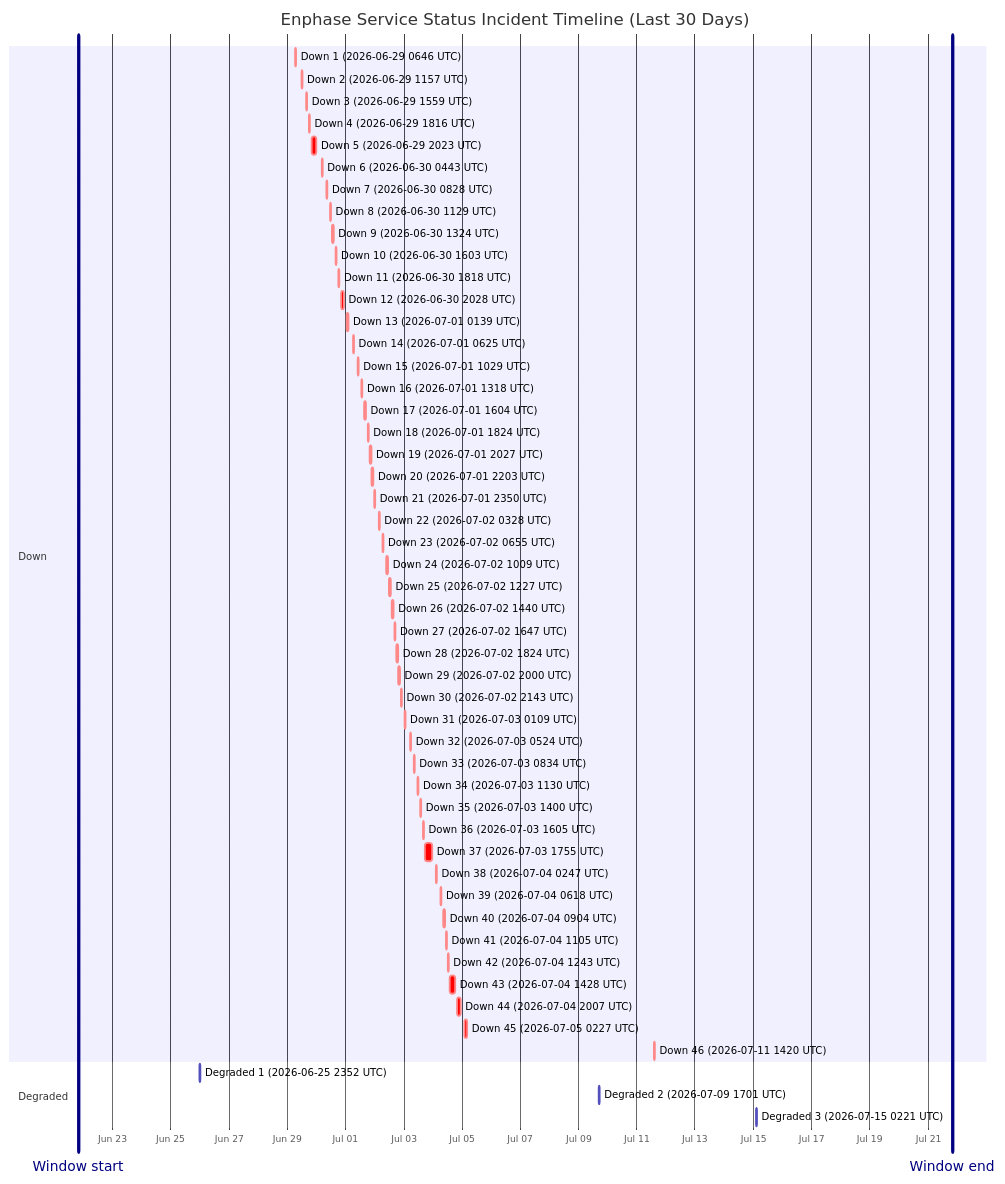
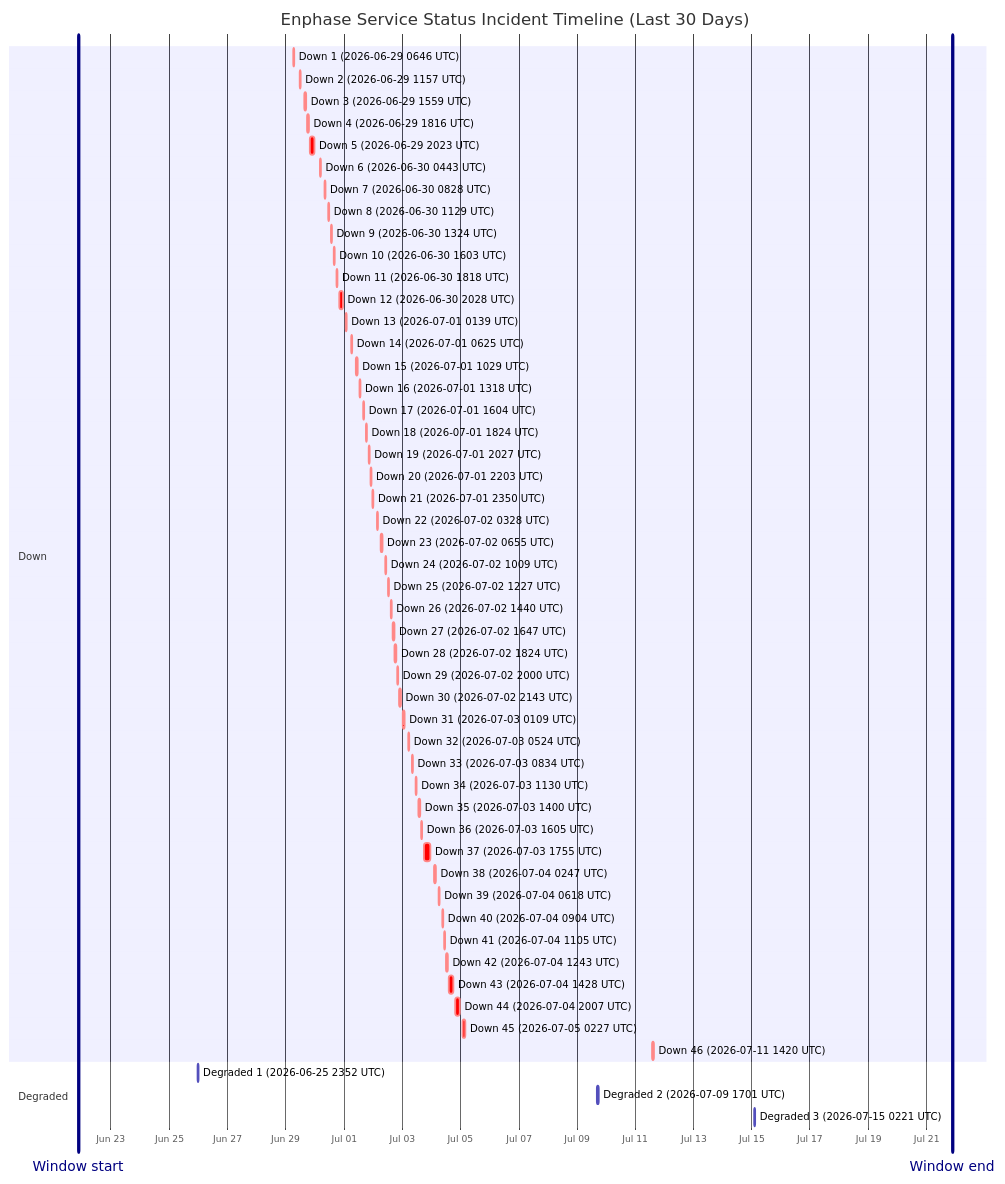
One commit to barneyonline/ha-enphase-energy changed the diagram in wiki/Service-Status-History.md. Above: the diagram before and after it, drawn with Mermaid. The commit also changed other lines of this file and 3 other files, not shown here.

````diff
--- a/wiki/Service-Status-History.md
+++ b/wiki/Service-Status-History.md
@@ -14,59 +14,59 @@
 ```mermaid
 gantt
     title Enphase Service Status Incident Timeline (Last 30 Days)
     dateFormat  YYYY-MM-DDTHH:mm:ss
     axisFormat  %b %d
-    Window start :vert, window-start, 2026-06-21T19:59:29, 0ms
-    Window end :vert, window-end, 2026-07-21T19:59:29, 0ms
+    Window start :vert, window-start, 2026-06-21T21:19:46, 0ms
+    Window end :vert, window-end, 2026-07-21T21:19:46, 0ms
     section Down
     Down 1 (2026-06-29 0646 UTC) :crit, down-1, 2026-06-29T06:46:18, 60m
     Down 2 (2026-06-29 1157 UTC) :crit, down-2, 2026-06-29T11:57:36, 60m
     Down 3 (2026-06-29 1559 UTC) :crit, down-3, 2026-06-29T15:59:02, 60m
     Down 4 (2026-06-29 1816 UTC) :crit, down-4, 2026-06-29T18:16:38, 60m
     Down 5 (2026-06-29 2023 UTC) :crit, down-5, 2026-06-29T20:23:16, 220m
     Down 6 (2026-06-30 0443 UTC) :crit, down-6, 2026-06-30T04:43:54, 60m
     Down 7 (2026-06-30 0828 UTC) :crit, down-7, 2026-06-30T08:28:43, 60m
     Down 8 (2026-06-30 1129 UTC) :crit, down-8, 2026-06-30T11:29:15, 60m
     Down 9 (2026-06-30 1324 UTC) :crit, down-9, 2026-06-30T13:24:25, 60m
     Down 10 (2026-06-30 1603 UTC) :crit, down-10, 2026-06-30T16:03:26, 60m
     Down 11 (2026-06-30 1818 UTC) :crit, down-11, 2026-06-30T18:18:39, 60m
     Down 12 (2026-06-30 2028 UTC) :crit, down-12, 2026-06-30T20:28:54, 171m
     Down 13 (2026-07-01 0139 UTC) :crit, down-13, 2026-07-01T01:39:18, 60m
     Down 14 (2026-07-01 0625 UTC) :crit, down-14, 2026-07-01T06:25:35, 60m
     Down 15 (2026-07-01 1029 UTC) :crit, down-15, 2026-07-01T10:29:24, 60m
     Down 16 (2026-07-01 1318 UTC) :crit, down-16, 2026-07-01T13:18:31, 60m
     Down 17 (2026-07-01 1604 UTC) :crit, down-17, 2026-07-01T16:04:29, 60m
     Down 18 (2026-07-01 1824 UTC) :crit, down-18, 2026-07-01T18:24:21, 60m
     Down 19 (2026-07-01 2027 UTC) :crit, down-19, 2026-07-01T20:27:17, 60m
     Down 20 (2026-07-01 2203 UTC) :crit, down-20, 2026-07-01T22:03:46, 60m
     Down 21 (2026-07-01 2350 UTC) :crit, down-21, 2026-07-01T23:50:52, 60m
     Down 22 (2026-07-02 0328 UTC) :crit, down-22, 2026-07-02T03:28:33, 60m
     Down 23 (2026-07-02 0655 UTC) :crit, down-23, 2026-07-02T06:55:07, 60m
     Down 24 (2026-07-02 1009 UTC) :crit, down-24, 2026-07-02T10:09:15, 60m
     Down 25 (2026-07-02 1227 UTC) :crit, down-25, 2026-07-02T12:27:49, 60m
     Down 26 (2026-07-02 1440 UTC) :crit, down-26, 2026-07-02T14:40:53, 60m
     Down 27 (2026-07-02 1647 UTC) :crit, down-27, 2026-07-02T16:47:47, 60m
     Down 28 (2026-07-02 1824 UTC) :crit, down-28, 2026-07-02T18:24:26, 60m
     Down 29 (2026-07-02 2000 UTC) :crit, down-29, 2026-07-02T20:00:57, 60m
     Down 30 (2026-07-02 2143 UTC) :crit, down-30, 2026-07-02T21:43:52, 80m
     Down 31 (2026-07-03 0109 UTC) :crit, down-31, 2026-07-03T01:09:19, 60m
     Down 32 (2026-07-03 0524 UTC) :crit, down-32, 2026-07-03T05:24:23, 60m
     Down 33 (2026-07-03 0834 UTC) :crit, down-33, 2026-07-03T08:34:05, 60m
     Down 34 (2026-07-03 1130 UTC) :crit, down-34, 2026-07-03T11:30:41, 60m
     Down 35 (2026-07-03 1400 UTC) :crit, down-35, 2026-07-03T14:00:48, 60m
     Down 36 (2026-07-03 1605 UTC) :crit, down-36, 2026-07-03T16:05:49, 60m
     Down 37 (2026-07-03 1755 UTC) :crit, down-37, 2026-07-03T17:55:54, 338m
     Down 38 (2026-07-04 0247 UTC) :crit, down-38, 2026-07-04T02:47:22, 60m
     Down 39 (2026-07-04 0618 UTC) :crit, down-39, 2026-07-04T06:18:09, 60m
     Down 40 (2026-07-04 0904 UTC) :crit, down-40, 2026-07-04T09:04:41, 60m
     Down 41 (2026-07-04 1105 UTC) :crit, down-41, 2026-07-04T11:05:21, 60m
     Down 42 (2026-07-04 1243 UTC) :crit, down-42, 2026-07-04T12:43:25, 60m
     Down 43 (2026-07-04 1428 UTC) :crit, down-43, 2026-07-04T14:28:07, 243m
     Down 44 (2026-07-04 2007 UTC) :crit, down-44, 2026-07-04T20:07:50, 206m
     Down 45 (2026-07-05 0227 UTC) :crit, down-45, 2026-07-05T02:27:32, 109m
     Down 46 (2026-07-11 1420 UTC) :crit, down-46, 2026-07-11T14:20:54, 69m
     section Degraded
     Degraded 1 (2026-06-25 2352 UTC) :active, degraded-1, 2026-06-25T23:52:01, 60m
     Degraded 2 (2026-07-09 1701 UTC) :active, degraded-2, 2026-07-09T17:01:02, 60m
     Degraded 3 (2026-07-15 0221 UTC) :active, degraded-3, 2026-07-15T02:21:35, 60m
 ```
````
